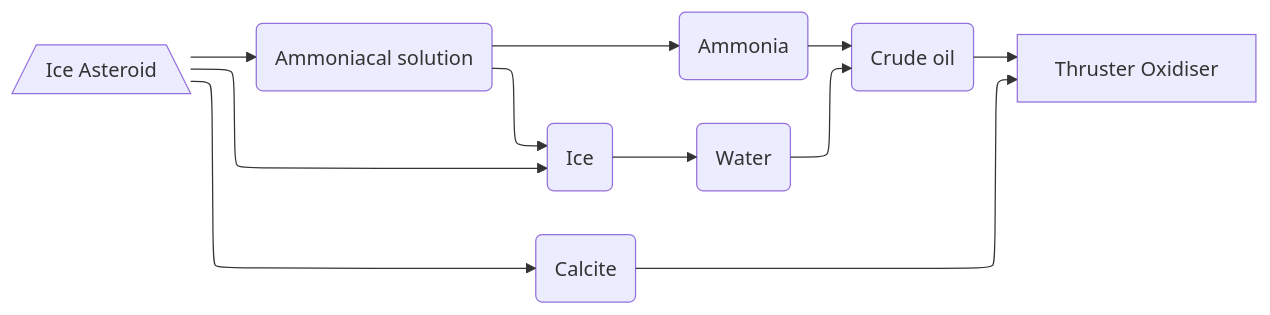
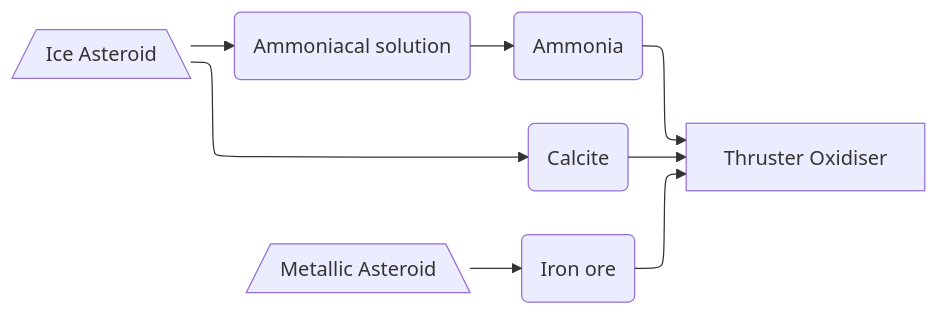
The second of 4 diagrams in .docs/flowcharts/space_fuel.md (JTnadrooi/Project-Galore), drawn with Mermaid before and after one commit. The commit also changed other lines of this file and 3 other files, not shown here.

````diff
--- a/.docs/flowcharts/space_fuel.md
+++ b/.docs/flowcharts/space_fuel.md
@@ -23,14 +23,15 @@
 ```mermaid
 ---
 config:
     flowchart:
         defaultRenderer: elk
 ---
 graph LR
-    IceAs[/Ice Asteroid\] --> AmSo(Ammoniacal solution) --> Ice(Ice) & Am(Ammonia)
-    Ice --> Wa(Water)
-    Am & Wa --> Oil(Crude oil) --> Ox[Thruster Oxidiser]
+    IceAs[/Ice Asteroid\] --> AmSo(Ammoniacal solution) --> Am(Ammonia)
 
-    IceAs --> Ice
-    IceAs --> Cal(Calcite) --> Ox
+    IceAs --> Cal(Calcite)
+    Cal & Am --> Ox[Thruster Oxidiser]
+
+
+    MetAs[/Metallic Asteroid\] --> Io(Iron ore) --> Ox
 ```
````
